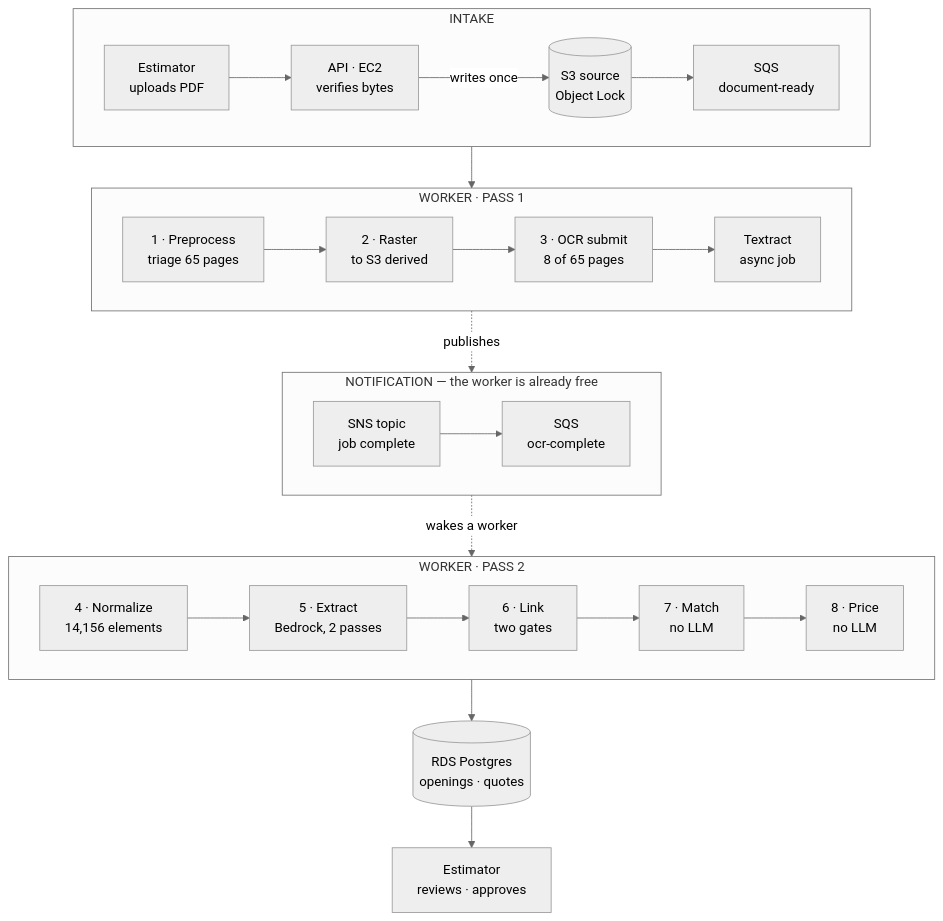
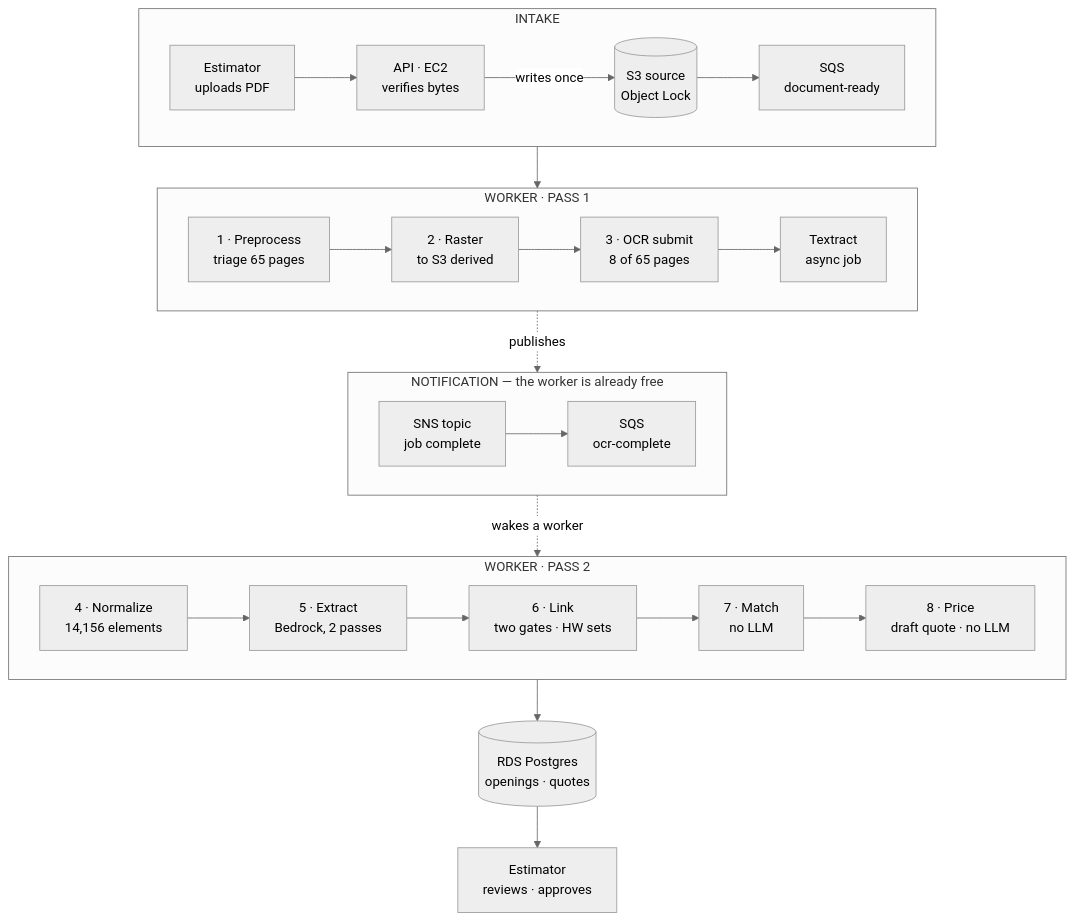
One commit to ppanchal5698/cbc-new changed the diagram in docs/architecture.md. Above: the diagram before and after it, drawn with Mermaid (neutral theme). The commit also changed other lines of this file and 42 other files, not shown here.

````diff
--- a/docs/architecture.md
+++ b/docs/architecture.md
@@ -59,35 +59,35 @@
 ```mermaid
 flowchart TB
     subgraph intake["INTAKE"]
         direction LR
         E[Estimator<br/>uploads PDF] --> API[API · EC2<br/>verifies bytes]
         API -->|writes once| S3[(S3 source<br/>Object Lock)]
         S3 --> Q1[SQS<br/>document-ready]
     end
 
     subgraph pass1["WORKER · PASS 1"]
         direction LR
         P1[1 · Preprocess<br/>triage 65 pages] --> P2[2 · Raster<br/>to S3 derived]
         P2 --> P3[3 · OCR submit<br/>8 of 65 pages]
         P3 --> TX[Textract<br/>async job]
     end
 
     subgraph notify["NOTIFICATION — the worker is already free"]
         direction LR
         SNS[SNS topic<br/>job complete] --> Q2[SQS<br/>ocr-complete]
     end
 
     subgraph pass2["WORKER · PASS 2"]
         direction LR
         N[4 · Normalize<br/>14,156 elements] --> X[5 · Extract<br/>Bedrock, 2 passes]
-        X --> L[6 · Link<br/>two gates]
+        X --> L[6 · Link<br/>two gates · HW sets]
         L --> M[7 · Match<br/>no LLM]
-        M --> PR[8 · Price<br/>no LLM]
+        M --> PR[8 · Price<br/>draft quote · no LLM]
     end
 
     Q1 --> P1
     TX -.->|publishes| SNS
     Q2 -.->|wakes a worker| N
     PR --> DB[(RDS Postgres<br/>openings · quotes)]
     DB --> REV[Estimator<br/>reviews · approves]
 ```
````
